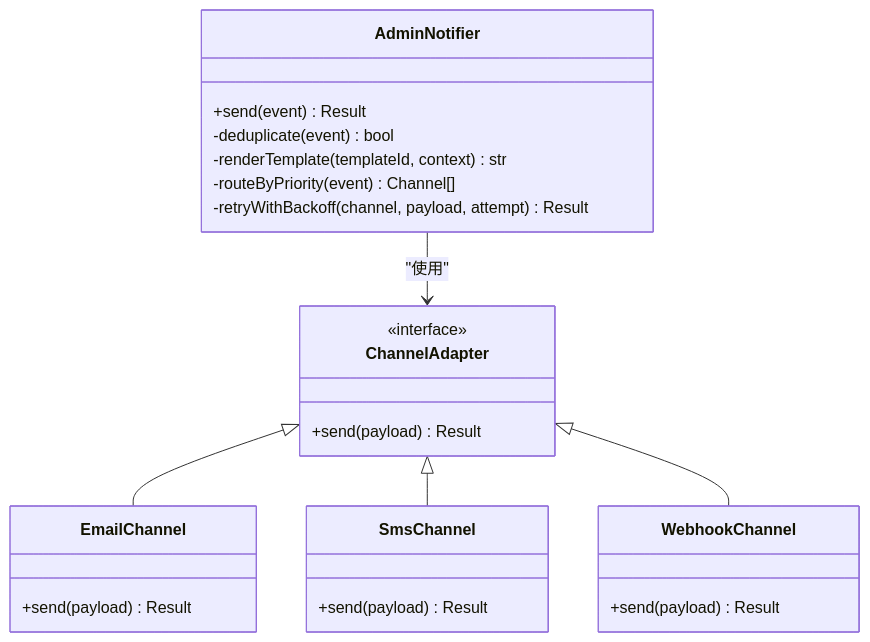
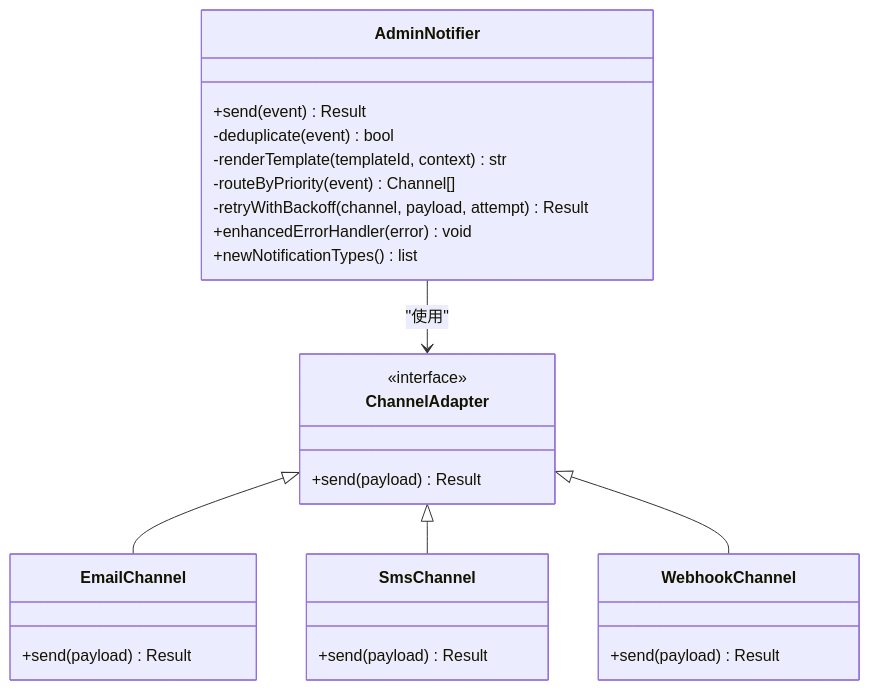
One commit to Yyyyyylor/monitor1 changed the third of 7 diagrams in .qoder/repowiki/zh/content/核心模块/通知系统.md. Above: the diagram before and after it, drawn with Mermaid. The commit also changed other lines of this file and 16 other files, not shown here.

````diff
--- a/.qoder/repowiki/zh/content/核心模块/通知系统.md
+++ b/.qoder/repowiki/zh/content/核心模块/通知系统.md
@@ -145,27 +154,29 @@
 ```mermaid
 classDiagram
 class AdminNotifier {
 +send(event) Result
 -deduplicate(event) bool
 -renderTemplate(templateId, context) str
 -routeByPriority(event) Channel[]
 -retryWithBackoff(channel, payload, attempt) Result
++enhancedErrorHandler(error) void
++newNotificationTypes() list
 }
 class ChannelAdapter {
 <<interface>>
 +send(payload) Result
 }
 class EmailChannel {
 +send(payload) Result
 }
 class SmsChannel {
 +send(payload) Result
 }
 class WebhookChannel {
 +send(payload) Result
 }
 AdminNotifier --> ChannelAdapter : "使用"
 ChannelAdapter <|-- EmailChannel
 ChannelAdapter <|-- SmsChannel
 ChannelAdapter <|-- WebhookChannel
 ```
````
